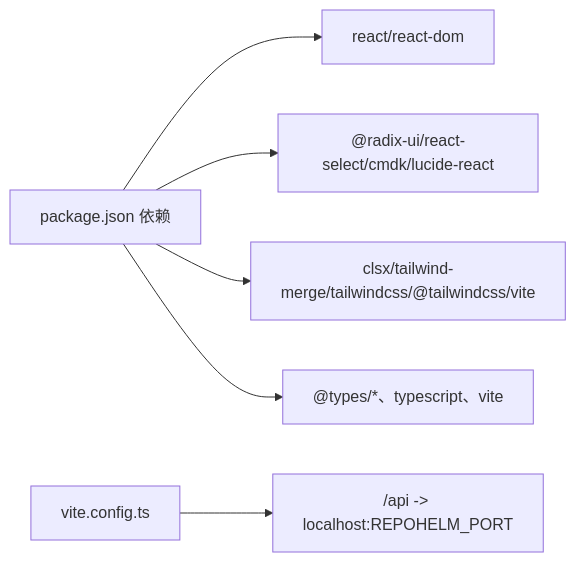
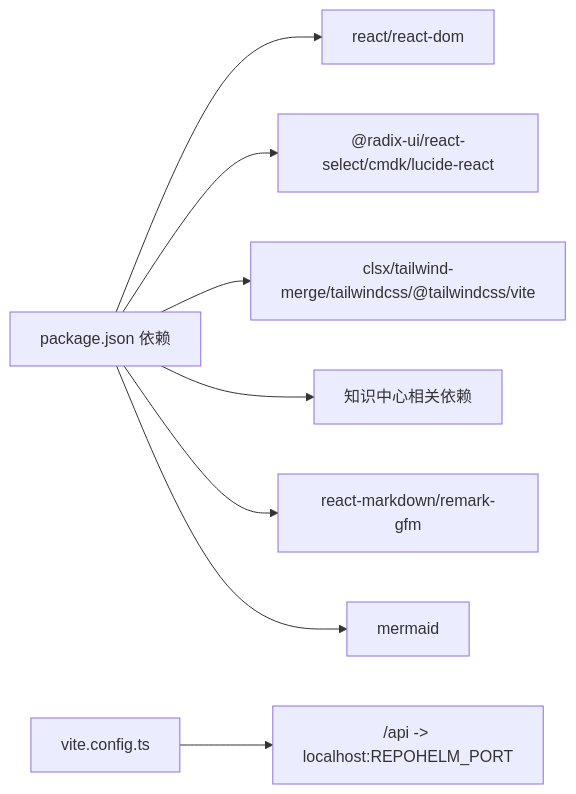
Before and after one commit to coconilu/RepoHelm: diagram 14 of 14 in .qoder/repowiki/zh/content/Web 前端应用/Web 前端应用.md, drawn with Mermaid. The commit also changed other lines of this file and 9 other files, not shown here.

First line of the commit message:
docs(zh): add KnowledgeCenter, Markdown & Mermaid

````diff
--- a/.qoder/repowiki/zh/content/Web 前端应用/Web 前端应用.md
+++ b/.qoder/repowiki/zh/content/Web 前端应用/Web 前端应用.md
@@ -526,8 +724,10 @@
 ```mermaid
 graph LR
 PKG["package.json 依赖"] --> REACT["react/react-dom"]
 PKG --> UI["@radix-ui/react-select/cmdk/lucide-react"]
 PKG --> STYLE["clsx/tailwind-merge/tailwindcss/@tailwindcss/vite"]
-PKG --> DEV["@types/*、typescript、vite"]
+PKG --> KNOWLEDGE["知识中心相关依赖"]
+PKG --> MARKDOWN["react-markdown/remark-gfm"]
+PKG --> MERMAID["mermaid"]
 VITE["vite.config.ts"] --> PROXY["/api -> localhost:REPOHELM_PORT"]
 ```
````
